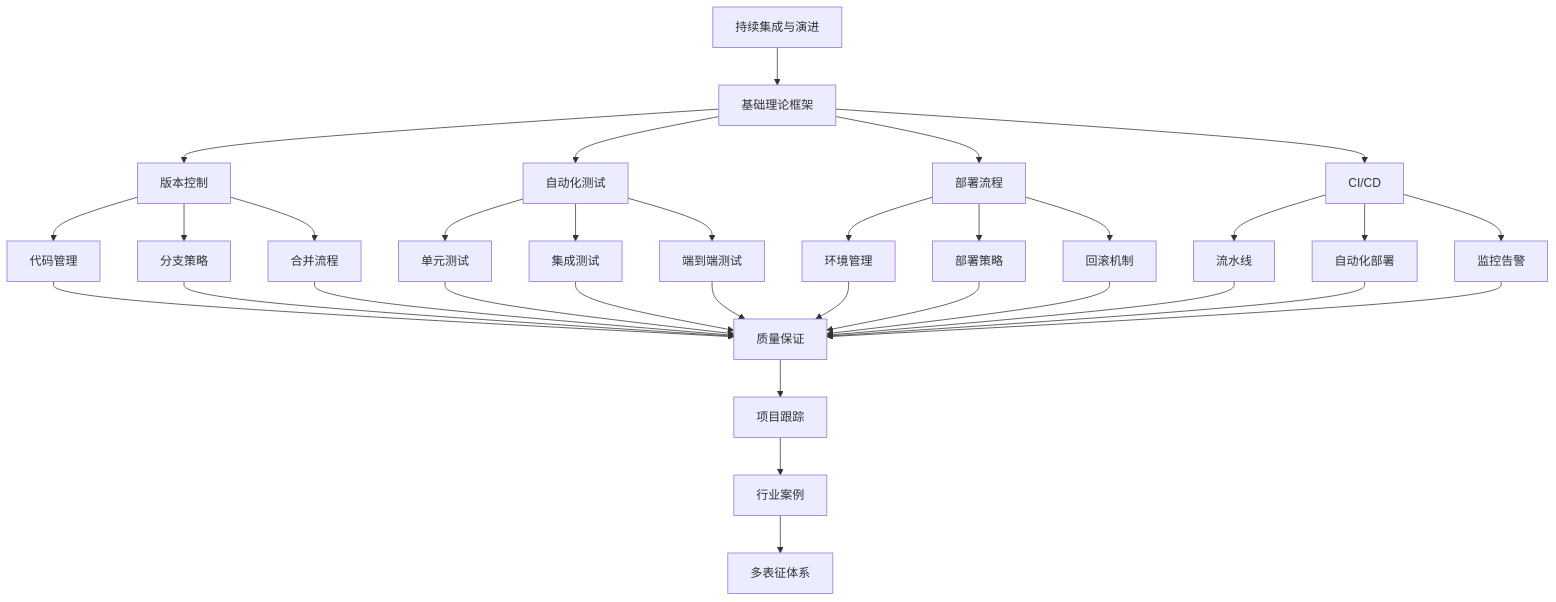
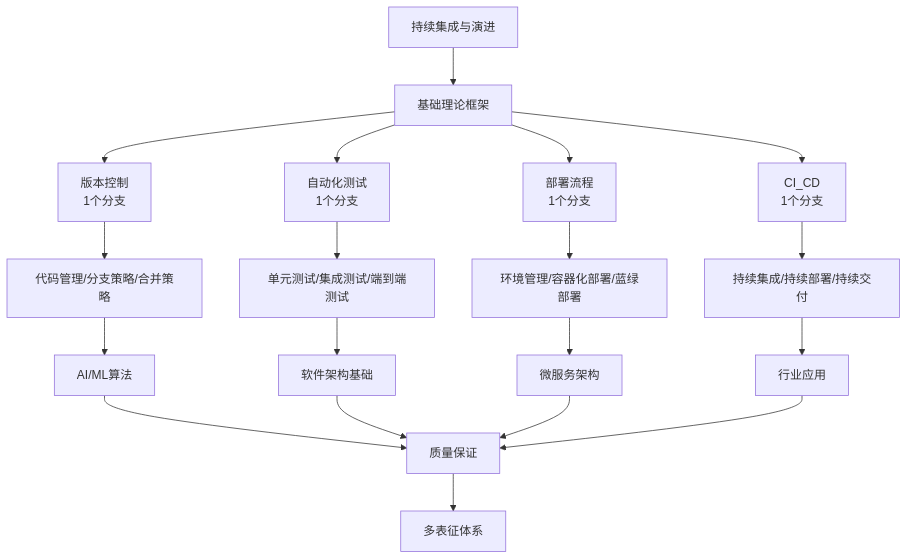
Before and after one commit to AdaMartin18010/Data-Science: the diagram in Analysis/7-持续集成与演进/README.md, drawn with Mermaid. The commit also changed other lines of this file and 27 other files, not shown here.

````diff
--- a/Analysis/7-持续集成与演进/README.md
+++ b/Analysis/7-持续集成与演进/README.md
@@ -27,24 +24,21 @@
 ```mermaid
 flowchart TD
   A[持续集成与演进] --> B[基础理论框架]
-  B --> C1[版本控制]
-  B --> C2[自动化测试]
-  B --> C3[部署流程]
-  B --> C4[CI/CD]
-  C1 --> D[代码管理]
-  C1 --> E[分支策略]
-  C1 --> F[合并流程]
-  C2 --> G[单元测试]
-  C2 --> H[集成测试]
-  C2 --> I[端到端测试]
-  C3 --> J[环境管理]
-  C3 --> K[部署策略]
-  C3 --> L[回滚机制]
-  C4 --> M[流水线]
-  C4 --> N[自动化部署]
-  C4 --> O[监控告警]
-  D & E & F & G & H & I & J & K & L & M & N & O --> P[质量保证]
-  P --> Q[项目跟踪]
-  Q --> R[行业案例]
-  R --> S[多表征体系]
+  B --> C1[版本控制<br/>1个分支]
+  B --> C2[自动化测试<br/>1个分支]
+  B --> C3[部署流程<br/>1个分支]
+  B --> C4[CI_CD<br/>1个分支]
+  
+  C1 --> D[代码管理/分支策略/合并策略]
+  C2 --> E[单元测试/集成测试/端到端测试]
+  C3 --> F[环境管理/容器化部署/蓝绿部署]
+  C4 --> G[持续集成/持续部署/持续交付]
+  
+  D --> H[AI/ML算法]
+  E --> I[软件架构基础]
+  F --> J[微服务架构]
+  G --> K[行业应用]
+  
+  H & I & J & K --> L[质量保证]
+  L --> M[多表征体系]
 ```
````
